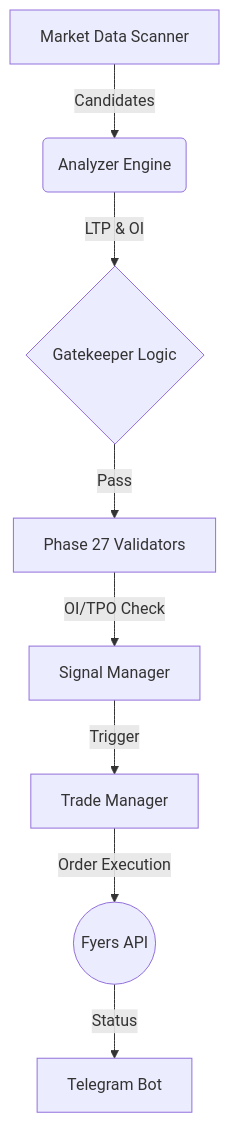
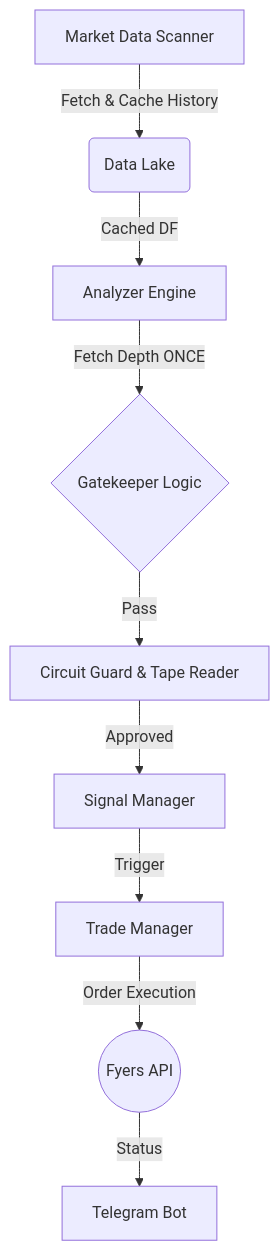
Before and after one commit to nabrahma/ShortCircuit: the diagram in README.md, drawn with Mermaid. The commit also changed other lines of this file and 2 other files, not shown here.

Commit message:
docs: update readme with audit status and add utility scripts

````diff
--- a/README.md
+++ b/README.md
@@ -34,10 +34,11 @@
 ```mermaid
 graph TD
-    A[Market Data Scanner] -->|Candidates| B(Analyzer Engine)
-    B -->|LTP & OI| C{Gatekeeper Logic}
-    C -->|Pass| D[Phase 27 Validators]
-    D -->|OI/TPO Check| E[Signal Manager]
-    E -->|Trigger| F[Trade Manager]
-    F -->|Order Execution| G((Fyers API))
-    G -->|Status| H[Telegram Bot]
+    A[Market Data Scanner] -->|Fetch & Cache History| B(Data Lake)
+    B -->|Cached DF| C[Analyzer Engine]
+    C -->|Fetch Depth ONCE| D{Gatekeeper Logic}
+    D -->|Pass| E[Circuit Guard & Tape Reader]
+    E -->|Approved| F[Signal Manager]
+    F -->|Trigger| G[Trade Manager]
+    G -->|Order Execution| H((Fyers API))
+    H -->|Status| I[Telegram Bot]
 ```
````
